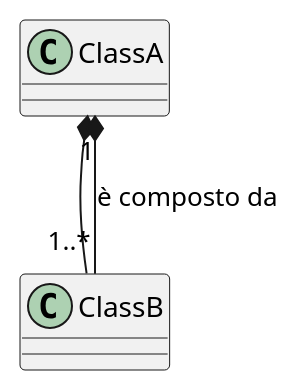
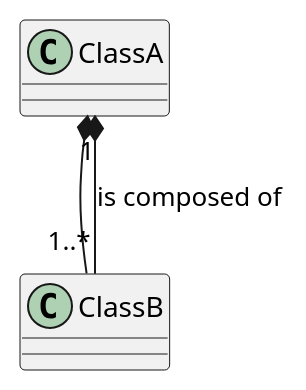
Before and after one commit to Seniorsimo/sas-template: the sixth of 30 diagrams in 04-structural-diagrams/class-diagrams/README.md, drawn with PlantUML. The commit also changed other lines of this file and 49 other files, not shown here.

````diff
--- a/04-structural-diagrams/class-diagrams/README.md
+++ b/04-structural-diagrams/class-diagrams/README.md
@@ -72,4 +72,4 @@
 ```plantuml
 ClassA *-- ClassB
-ClassA "1" *-- "1..*" ClassB : "è composto da"
+ClassA "1" *-- "1..*" ClassB : "is composed of"
 ```
````
